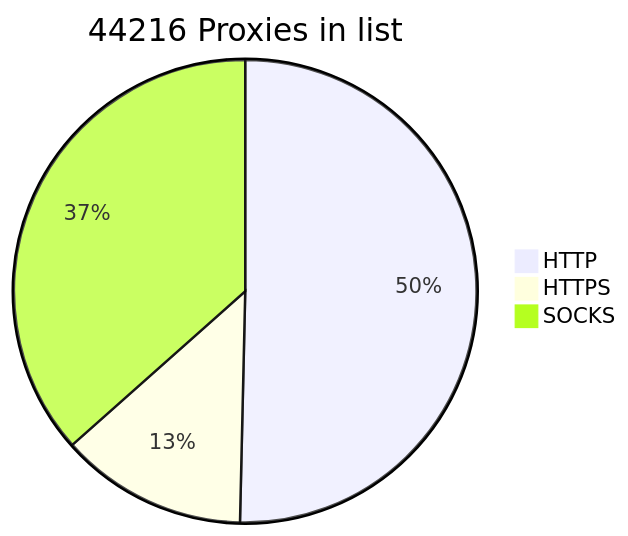
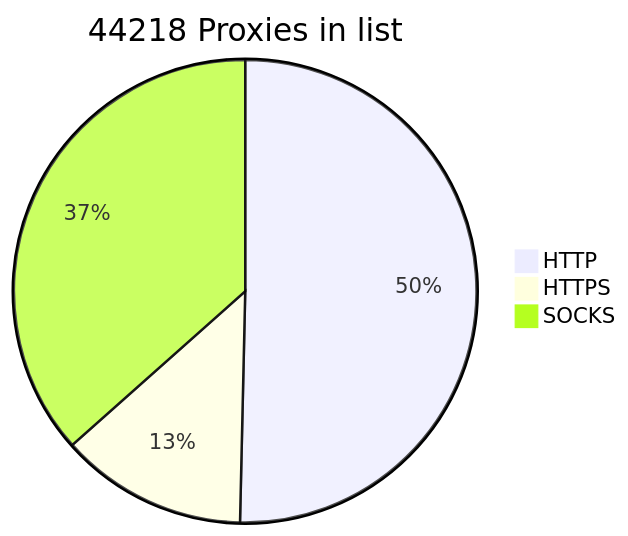
Before and after one commit to BlackSnowDot/proxylist-update-every-minute: the diagram in README.md, drawn with Mermaid.

````diff
--- a/README.md
+++ b/README.md
@@ -2,6 +2,6 @@
 ```mermaid
-pie title 44216 Proxies in list
+pie title 44218 Proxies in list
     "HTTP" : 24845
     "HTTPS": 6451
-    "SOCKS" : 18037
+    "SOCKS" : 18039
 ```
````
